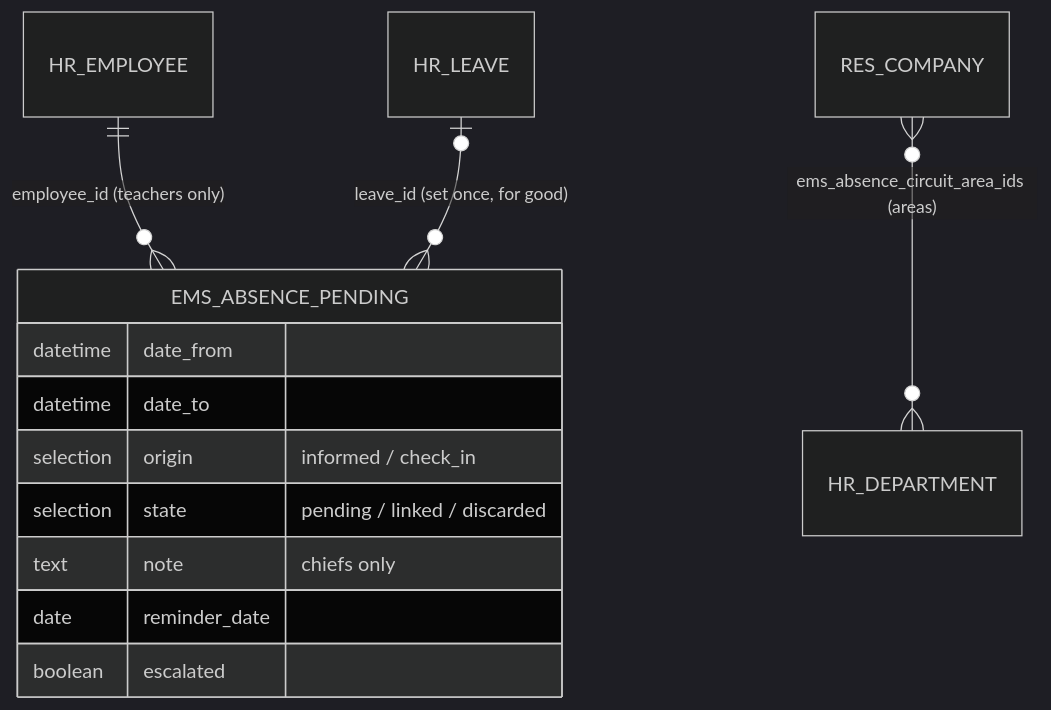
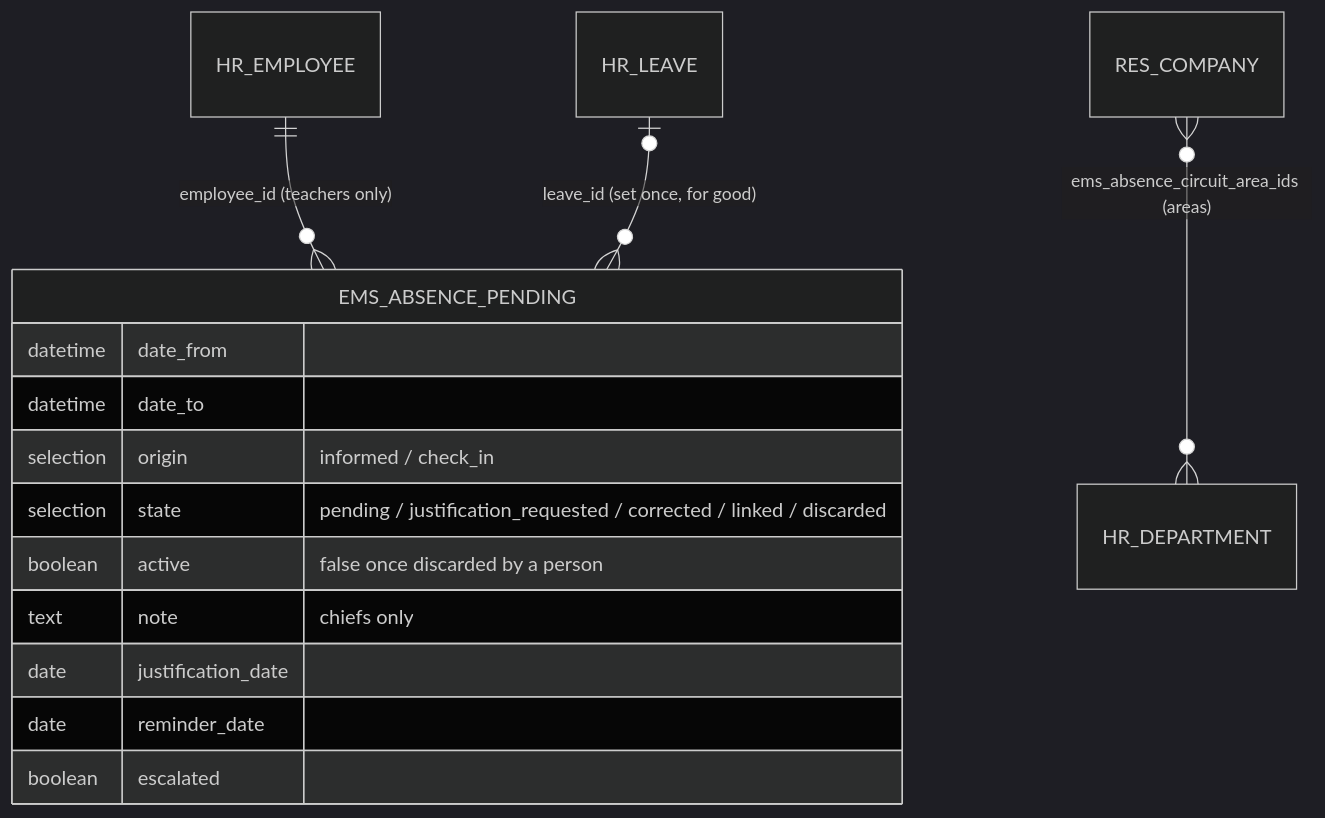
The fifth of 10 diagrams in docs/en/developers/employees/absence.md (ElPuig/EMS), drawn with Mermaid (dark theme) before and after one commit. The commit also changed other lines of this file and 40 other files, not shown here.

````diff
--- a/docs/en/developers/employees/absence.md
+++ b/docs/en/developers/employees/absence.md
@@ -678,15 +700,17 @@
 ```mermaid
 erDiagram
     HR_EMPLOYEE ||--o{ EMS_ABSENCE_PENDING : "employee_id (teachers only)"
     HR_LEAVE |o--o{ EMS_ABSENCE_PENDING : "leave_id (set once, for good)"
     RES_COMPANY }o--o{ HR_DEPARTMENT : "ems_absence_circuit_area_ids (areas)"
     EMS_ABSENCE_PENDING {
         datetime date_from
         datetime date_to
         selection origin "informed / check_in"
-        selection state "pending / linked / discarded"
+        selection state "pending / justification_requested / corrected / linked / discarded"
+        boolean active "false once discarded by a person"
         text note "chiefs only"
+        date justification_date
         date reminder_date
         boolean escalated
     }
 ```
````
